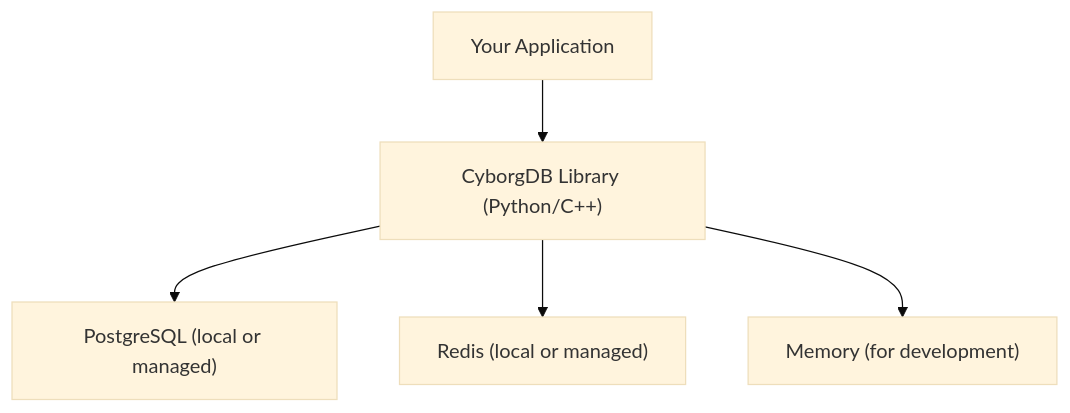
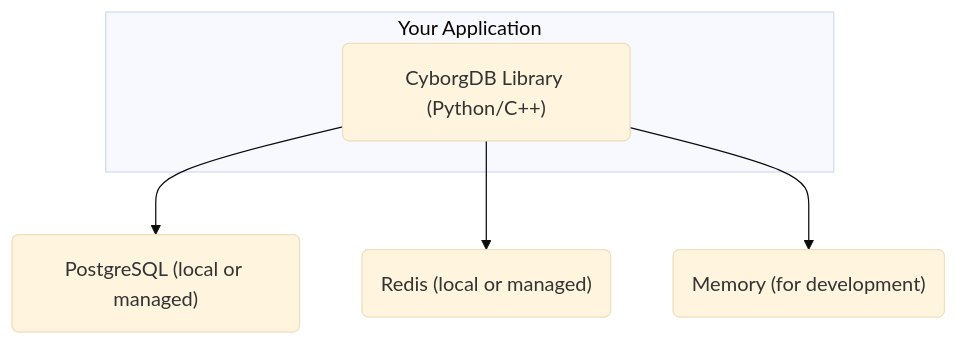
One commit to cyborginc/cyborgdb-docs changed the diagram in versions/v0.11.x/embedded/guides/intro/about.mdx. Above: the diagram before and after it, drawn with Mermaid (base theme). The commit also changed 6 other files, not shown here.

````diff
--- a/versions/v0.11.x/embedded/guides/intro/about.mdx
+++ b/versions/v0.11.x/embedded/guides/intro/about.mdx
@@ -78,11 +78,10 @@
 ```mermaid
 flowchart TB
-  App["Your Application"]
-  Library["CyborgDB Library (Python/C++)"]
+  subgraph Your_Applications [Your Application]
+    Library("CyborgDB Library (Python/C++)")
+  end
 
-  App --> Library
-
-  Library --> PostgreSQL["PostgreSQL (local or managed)"]
-  Library --> Redis["Redis (local or managed)"]
-  Library --> Memory["Memory (for development)"]
+  Library --> PostgreSQL("PostgreSQL (local or managed)")
+  Library --> Redis("Redis (local or managed)")
+  Library --> Memory("Memory (for development)")
 ```
````
